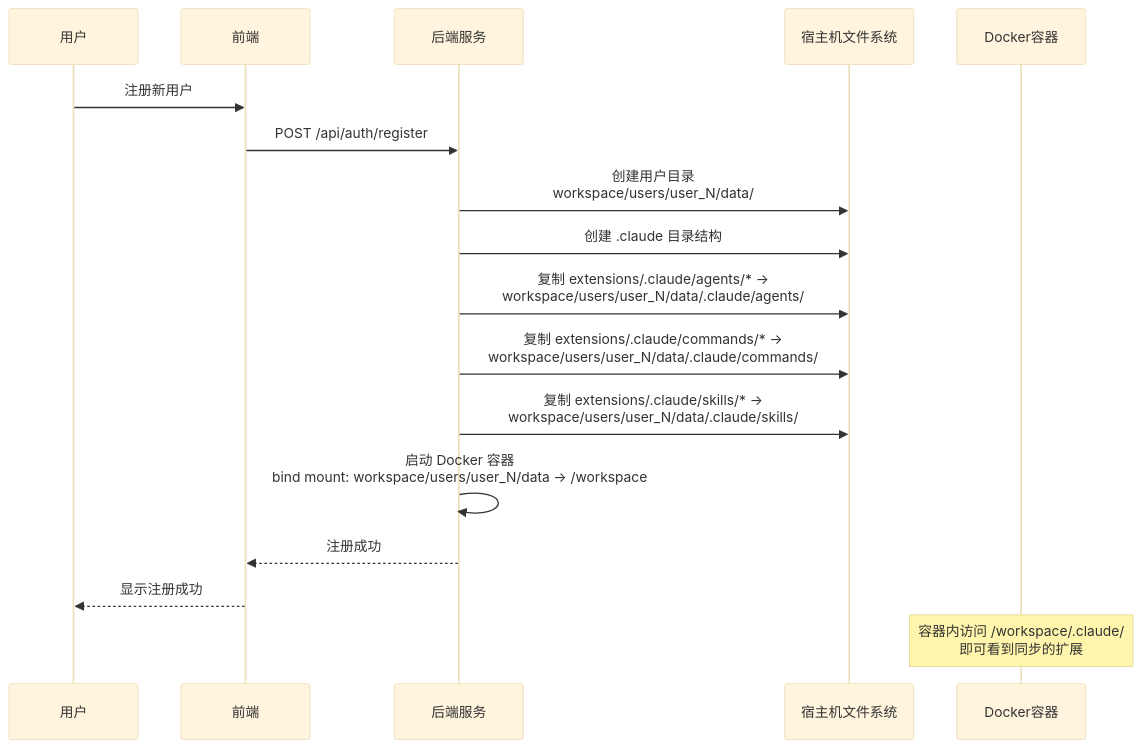
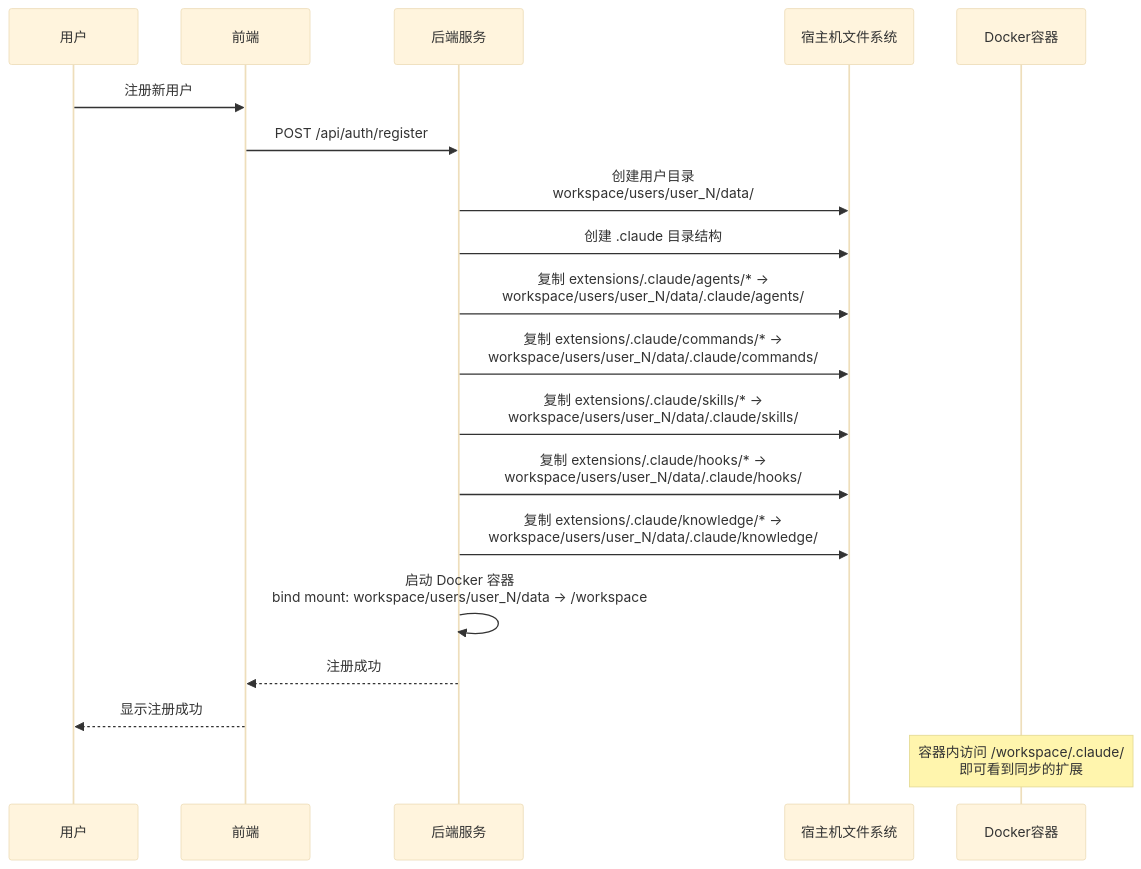
The first of 2 diagrams in docs/arch/resources-provisioning.md (domonic18/ai-claude-code-ui), drawn with Mermaid (base theme) before and after one commit. The commit also changed other lines of this file, not shown here.

First line of the commit message:
docs(arch): 完善资源供应文档，新增 Hooks 和 Knowledge 支持

````diff
--- a/docs/arch/resources-provisioning.md
+++ b/docs/arch/resources-provisioning.md
@@ -308,26 +326,28 @@
 ```mermaid
 sequenceDiagram
     participant User as 用户
     participant Frontend as 前端
     participant Backend as 后端服务
     participant HostFS as 宿主机文件系统
     participant Container as Docker容器
 
     User->>Frontend: 注册新用户
     Frontend->>Backend: POST /api/auth/register
 
     Backend->>HostFS: 创建用户目录<br/>workspace/users/user_N/data/
 
     Backend->>HostFS: 创建 .claude 目录结构
 
     Backend->>HostFS: 复制 extensions/.claude/agents/* →<br/>workspace/users/user_N/data/.claude/agents/
     Backend->>HostFS: 复制 extensions/.claude/commands/* →<br/>workspace/users/user_N/data/.claude/commands/
     Backend->>HostFS: 复制 extensions/.claude/skills/* →<br/>workspace/users/user_N/data/.claude/skills/
+    Backend->>HostFS: 复制 extensions/.claude/hooks/* →<br/>workspace/users/user_N/data/.claude/hooks/
+    Backend->>HostFS: 复制 extensions/.claude/knowledge/* →<br/>workspace/users/user_N/data/.claude/knowledge/
 
     Backend->>Backend: 启动 Docker 容器<br/>bind mount: workspace/users/user_N/data → /workspace
 
     Backend-->>Frontend: 注册成功
     Frontend-->>User: 显示注册成功
 
     Note over Container: 容器内访问 /workspace/.claude/<br/>即可看到同步的扩展
 ```
````
